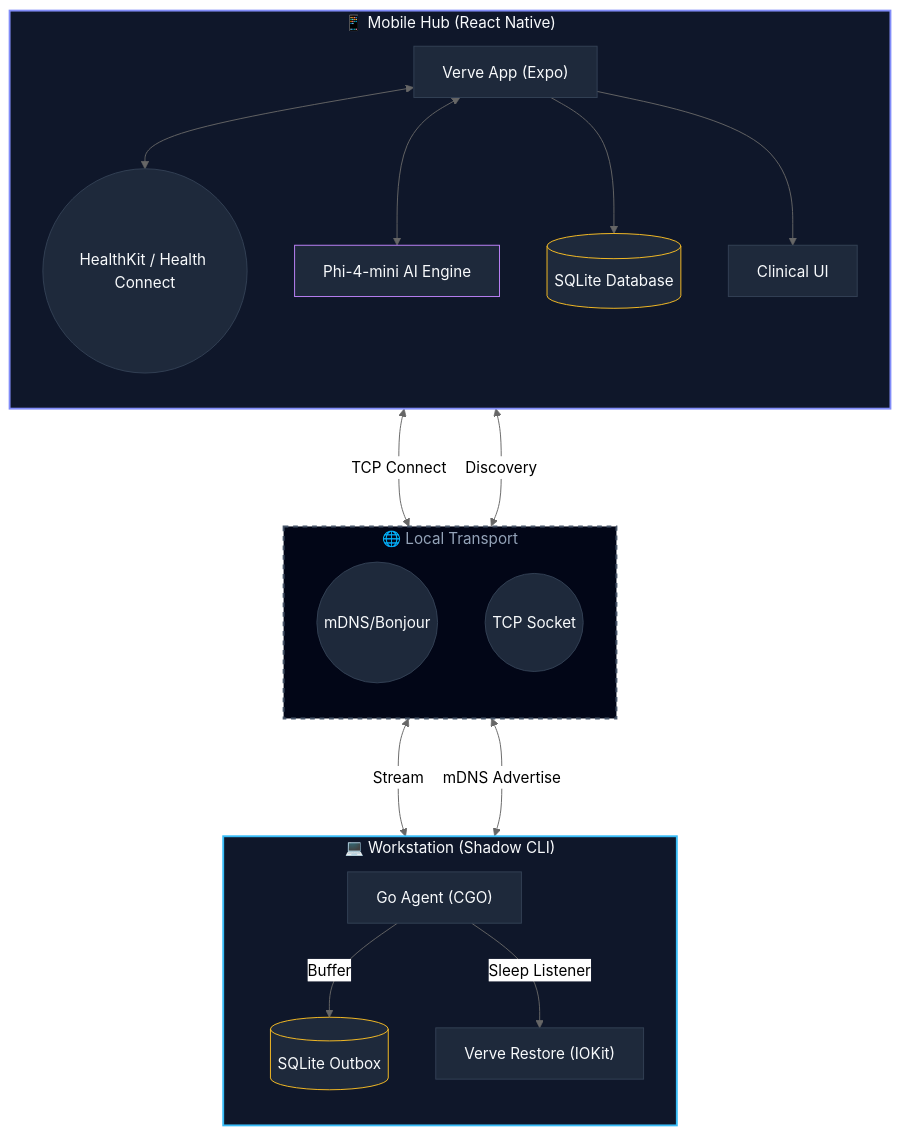
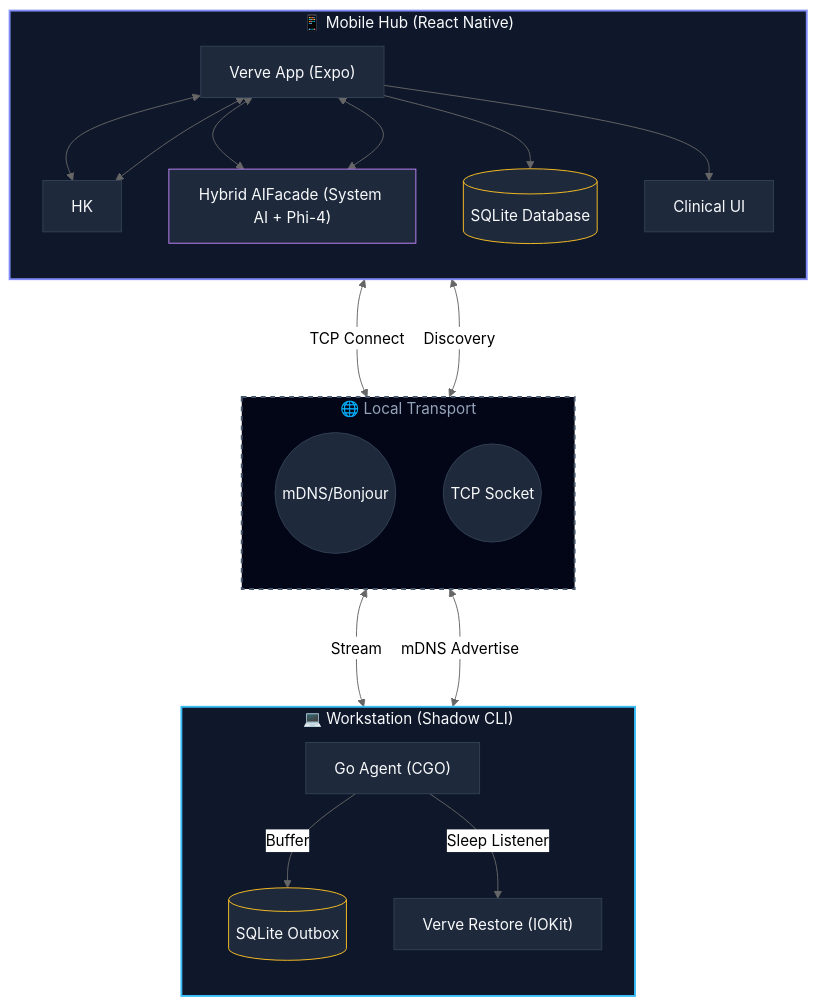
The diagram in README.md (gyandeeps/verve), drawn with Mermaid (neutral theme) before and after one commit. The commit also changed other lines of this file and 4 other files, not shown here.

````diff
--- a/README.md
+++ b/README.md
@@ -39,52 +38,52 @@
 ```mermaid
 graph TD
     subgraph Workstation ["💻 Workstation (Shadow CLI)"]
         direction TB
         CLI["Go Agent (CGO)"]
         Outbox[("SQLite Outbox")]
         Restore["Verve Restore (IOKit)"]
 
         CLI -->|Buffer| Outbox
         CLI -->|Sleep Listener| Restore
     end
 
     subgraph Transport ["🌐 Local Transport"]
         direction TB
         mDNS((mDNS/Bonjour))
         TCP((TCP Socket))
     end
 
     subgraph MobileHub ["📱 Mobile Hub (React Native)"]
         direction TB
         App["Verve App (Expo)"]
-        HK(("HealthKit / Health Connect"))
-        AI["Phi-4-mini AI Engine"]
+        App <--> HK
+        App <--> AI["Hybrid AIFacade (System AI + Phi-4)"]
         Storage[("SQLite Database")]
         UI["Clinical UI"]
 
         App <--> HK
         App <--> AI
         App --> Storage
         App --> UI
     end
 
     CLI <--->|mDNS Advertise| mDNS
     mDNS <--->|Discovery| App
     App <--->|TCP Connect| TCP
     TCP <--->|Stream| CLI
 
     %% Standard Mermaid styling
     classDef workstation fill:#0f172a,stroke:#38bdf8,stroke-width:2px,color:#f8fafc;
     classDef mobile fill:#0f172a,stroke:#818cf8,stroke-width:2px,color:#f8fafc;
     classDef network fill:#020617,stroke:#475569,stroke-width:2px,color:#94a3b8,stroke-dasharray: 5 5;
     classDef node fill:#1e293b,stroke:#334155,color:#f8fafc;
     classDef database fill:#1e293b,stroke:#fbbf24,color:#f8fafc;
     classDef ai fill:#1e293b,stroke:#c084fc,color:#f8fafc;
 
     class Workstation workstation;
     class MobileHub mobile;
     class Transport network;
     class CLI,Restore,App,UI node;
     class Outbox,Storage database;
     class AI ai;
 ```
````
